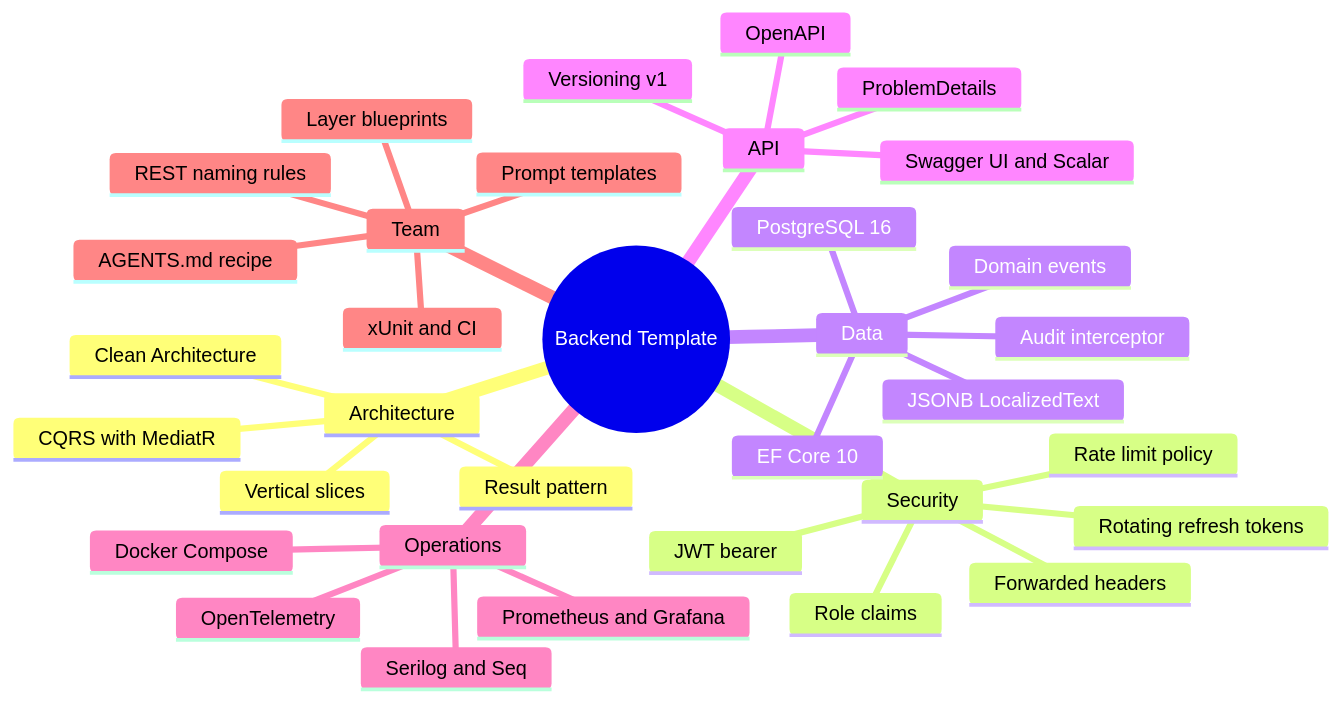
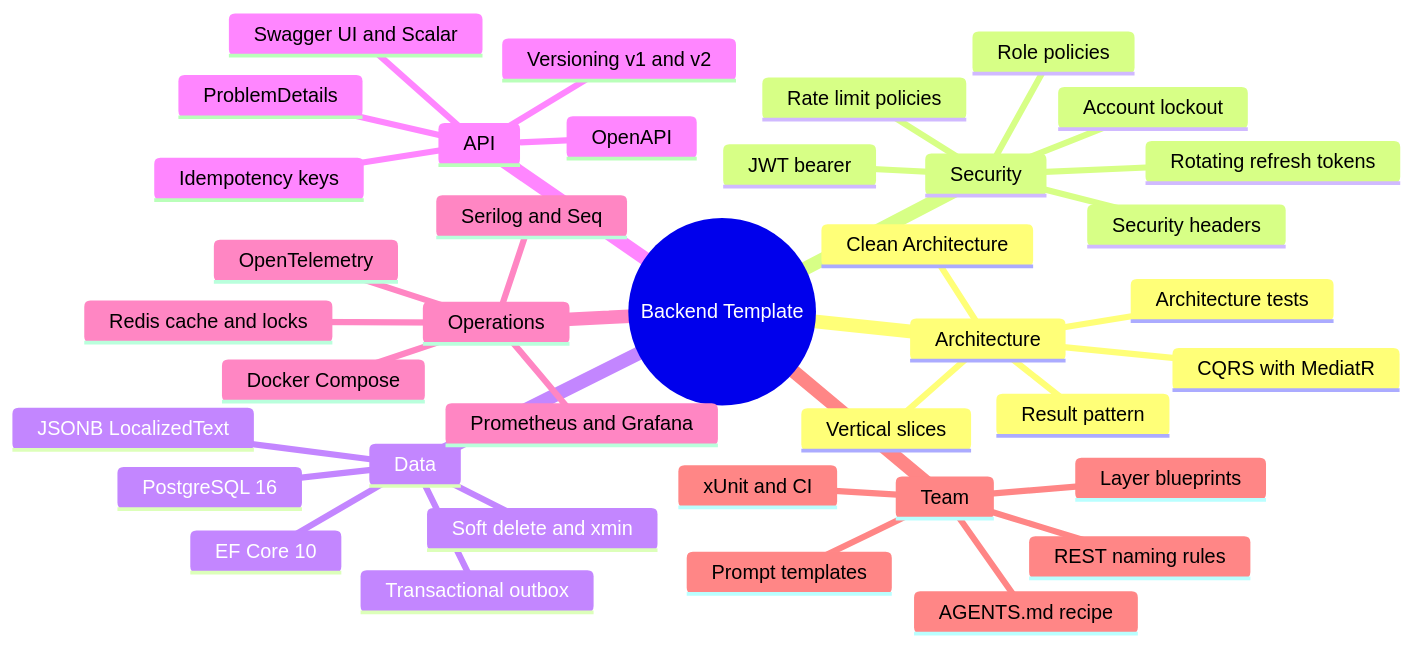
One commit to fat7i-alghareeb/BackEnd_templete changed diagram 13 of 13 in docs/SHOWCASE.md. Above: the diagram before and after it, drawn with Mermaid. The commit also changed other lines of this file and 49 other files, not shown here.

````diff
--- a/docs/SHOWCASE.md
+++ b/docs/SHOWCASE.md
@@ -623,37 +681,41 @@
 ```mermaid
 mindmap
   root((Backend Template))
     Architecture
       Clean Architecture
       CQRS with MediatR
       Vertical slices
       Result pattern
+      Architecture tests
     Security
       JWT bearer
       Rotating refresh tokens
-      Role claims
-      Rate limit policy
-      Forwarded headers
+      Role policies
+      Account lockout
+      Rate limit policies
+      Security headers
     Data
       PostgreSQL 16
       EF Core 10
       JSONB LocalizedText
-      Audit interceptor
-      Domain events
+      Soft delete and xmin
+      Transactional outbox
     API
-      Versioning v1
+      Versioning v1 and v2
       ProblemDetails
+      Idempotency keys
       OpenAPI
       Swagger UI and Scalar
     Operations
       Docker Compose
+      Redis cache and locks
       Serilog and Seq
       OpenTelemetry
       Prometheus and Grafana
     Team
       AGENTS.md recipe
       Layer blueprints
       REST naming rules
       Prompt templates
       xUnit and CI
 ```
````
